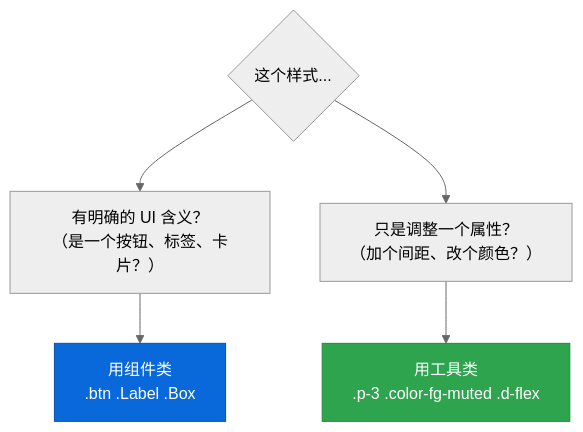
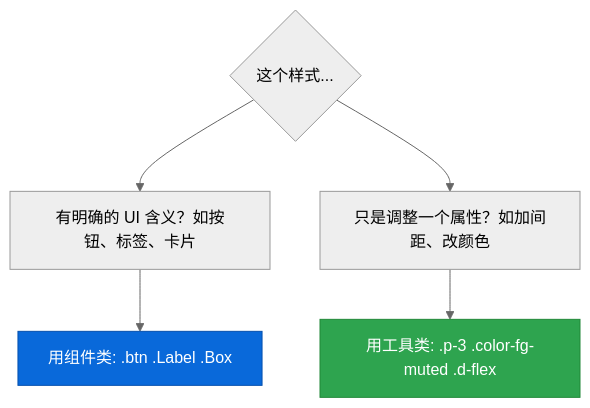
The first of 2 diagrams in learn/09-utilities.md (Cleam/primer-css), drawn with Mermaid (neutral theme) before and after one commit. The commit also changed other lines of this file and 10 other files, not shown here.

First line of the commit message:
Fix mermaid diagram syntax for GitHub rendering compatibility

````diff
--- a/learn/09-utilities.md
+++ b/learn/09-utilities.md
@@ -35,11 +35,11 @@
 ```mermaid
 graph TB
-    A{这个样式...} --> B["有明确的 UI 含义？<br/>（是一个按钮、标签、卡片？）"]
-    A --> C["只是调整一个属性？<br/>（加个间距、改个颜色？）"]
+    A{"这个样式..."} --> B["有明确的 UI 含义？如按钮、标签、卡片"]
+    A --> C["只是调整一个属性？如加间距、改颜色"]
 
-    B --> D["用组件类<br/>.btn .Label .Box"]
-    C --> E["用工具类<br/>.p-3 .color-fg-muted .d-flex"]
+    B --> D["用组件类: .btn .Label .Box"]
+    C --> E["用工具类: .p-3 .color-fg-muted .d-flex"]
 
     style D fill:#0969da,stroke:#0550ae,color:#fff
     style E fill:#2ea44f,stroke:#218838,color:#fff
 ```
````
